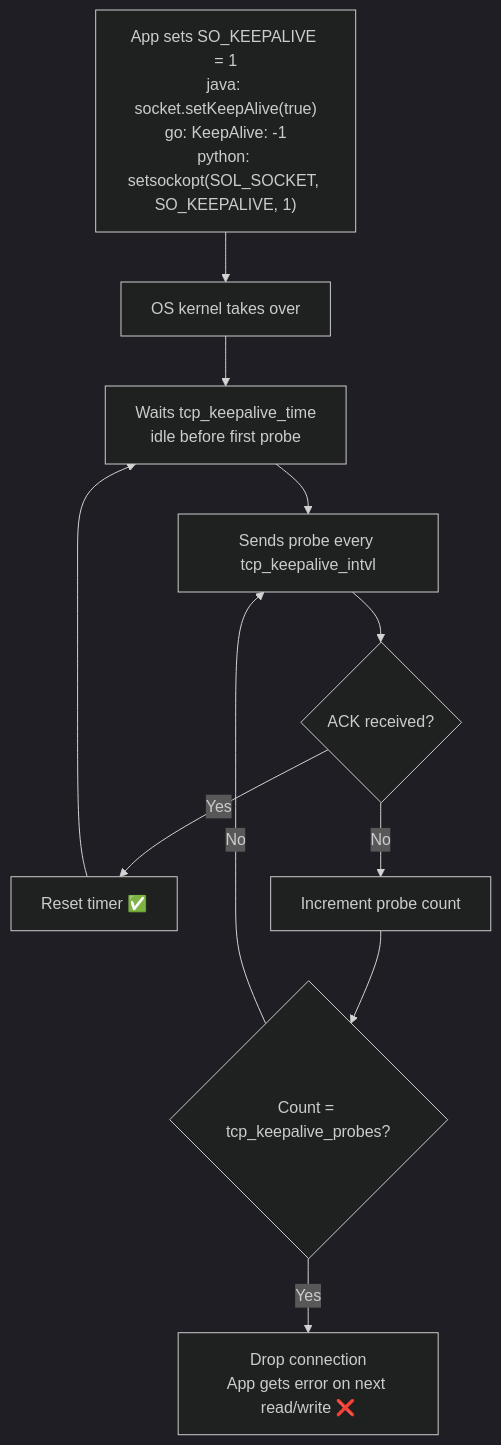
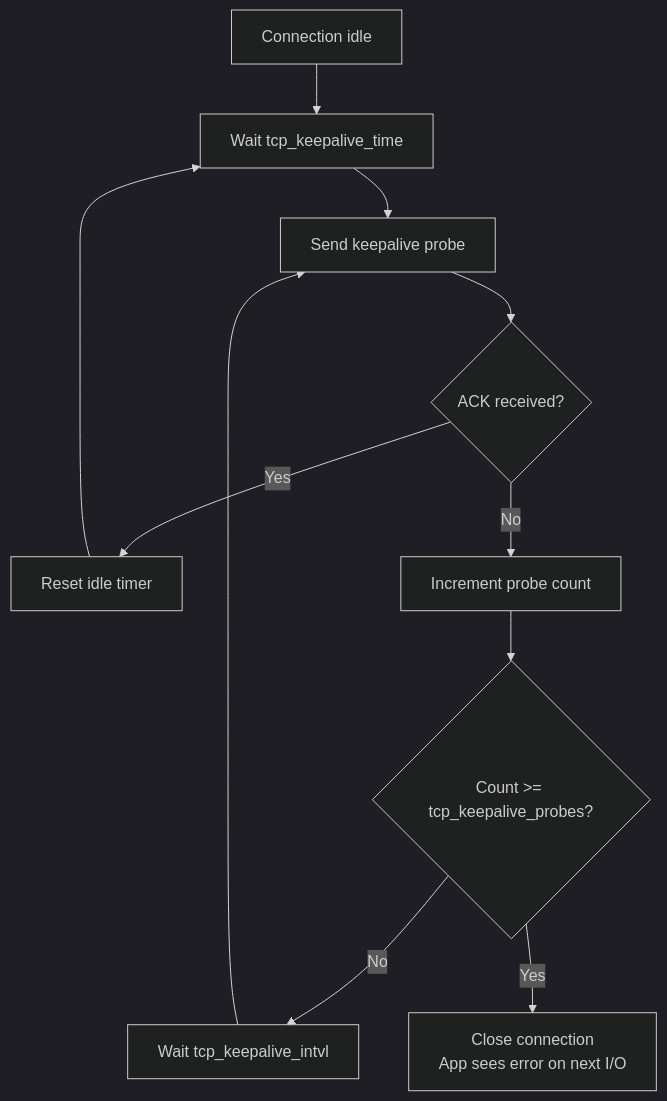
The fifth of 5 diagrams in linux/tcp_keepalive_configuration_guide.mdx (TechnoBureau/docs), drawn with Mermaid (dark theme) before and after one commit. The commit also changed other lines of this file and 12 other files, not shown here.

Commit message:
Improve diagram readability and fix code tab labels

````diff
--- a/linux/tcp_keepalive_configuration_guide.mdx
+++ b/linux/tcp_keepalive_configuration_guide.mdx
@@ -518,18 +534,13 @@
 ```mermaid
 flowchart TD
-    A["App sets SO_KEEPALIVE = 1\njava: socket.setKeepAlive(true)\ngo: KeepAlive: -1\npython: setsockopt(SOL_SOCKET, SO_KEEPALIVE, 1)"]
-    B["OS kernel takes over"]
-    C["Waits tcp_keepalive_time\nidle before first probe"]
-    D["Sends probe every tcp_keepalive_intvl"]
-    E{"ACK received?"}
-    F["Reset timer ✅"]
-    G["Increment probe count"]
-    H{"Count = tcp_keepalive_probes?"}
-    I["Drop connection\nApp gets error on next read/write ❌"]
-
-    A --> B --> C --> D --> E
-    E -->|Yes| F --> C
-    E -->|No| G --> H
-    H -->|No| D
-    H -->|Yes| I
+    A["Connection idle"] --> B["Wait tcp_keepalive_time"]
+    B --> C["Send keepalive probe"]
+    C --> D{"ACK received?"}
+    D -->|"Yes"| E["Reset idle timer"]
+    E --> B
+    D -->|"No"| F["Increment probe count"]
+    F --> G{"Count >= tcp_keepalive_probes?"}
+    G -->|"No"| H["Wait tcp_keepalive_intvl"]
+    H --> C
+    G -->|"Yes"| I["Close connection\nApp sees error on next I/O"]
 ```
````
